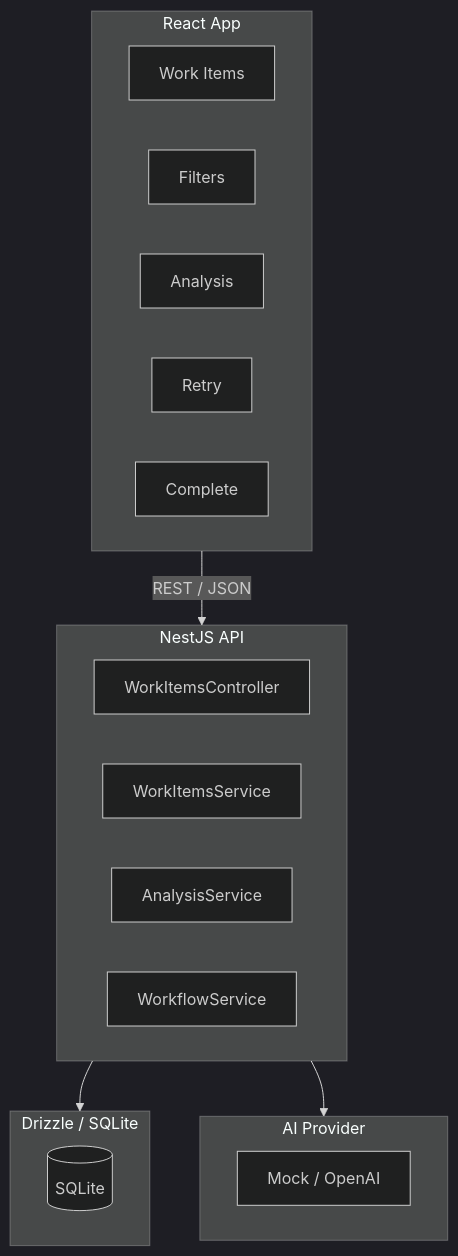
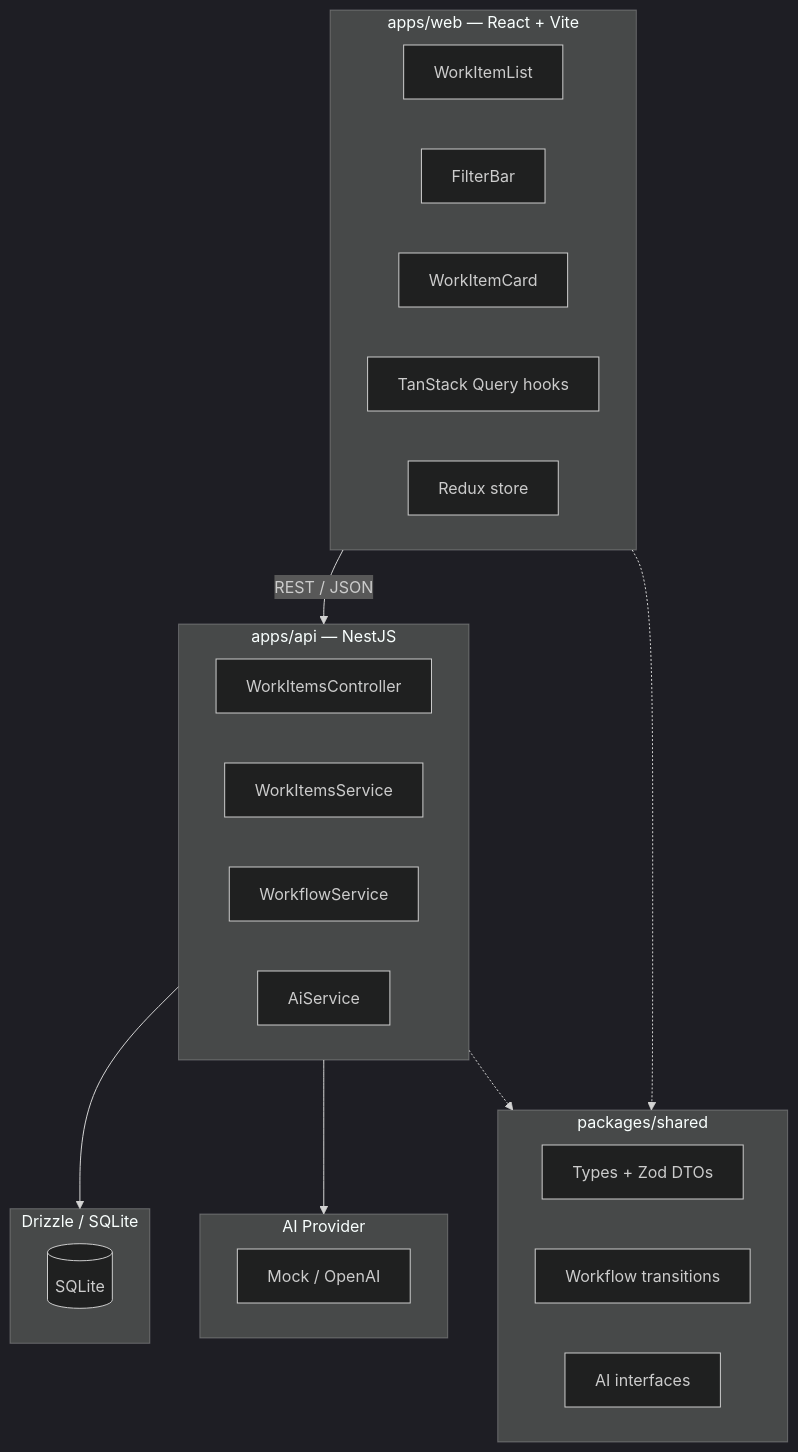
The diagram in AGENTS.md (walkeratmind/odin_project), drawn with Mermaid (dark theme) before and after one commit. The commit also changed other lines of this file and 23 other files, not shown here.

````diff
--- a/AGENTS.md
+++ b/AGENTS.md
@@ -40,30 +43,39 @@
 ```mermaid
 flowchart TB
-    subgraph Frontend["React App"]
-        F1[Work Items]
-        F2[Filters]
-        F3[Analysis]
-        F4[Retry]
-        F5[Complete]
+    subgraph Frontend["apps/web — React + Vite"]
+        F1[WorkItemList]
+        F2[FilterBar]
+        F3[WorkItemCard]
+        F4[TanStack Query hooks]
+        F5[Redux store]
     end
 
     Frontend -->|REST / JSON| Backend
 
-    subgraph Backend["NestJS API"]
+    subgraph Backend["apps/api — NestJS"]
         B1[WorkItemsController]
         B2[WorkItemsService]
-        B3[AnalysisService]
-        B4[WorkflowService]
+        B3[WorkflowService]
+        B4[AiService]
     end
 
     Backend --> DB
     Backend --> AI
 
     subgraph DB["Drizzle / SQLite"]
         D1[(SQLite)]
     end
 
     subgraph AI["AI Provider"]
         A1[Mock / OpenAI]
     end
+
+    subgraph Shared["packages/shared"]
+        S1[Types + Zod DTOs]
+        S2[Workflow transitions]
+        S3[AI interfaces]
+    end
+
+    Frontend -.-> Shared
+    Backend -.-> Shared
 ```
````
